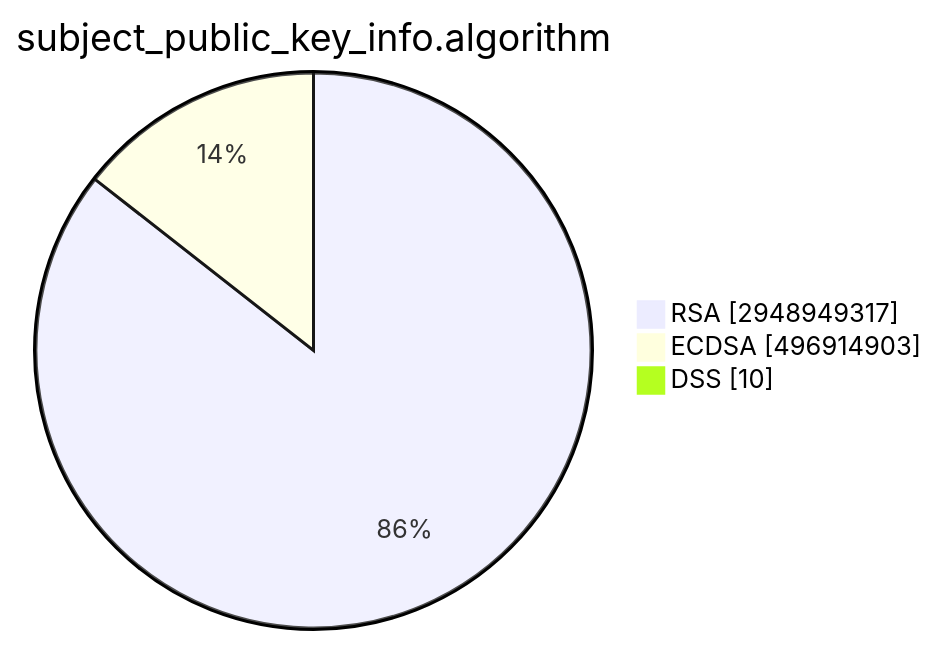
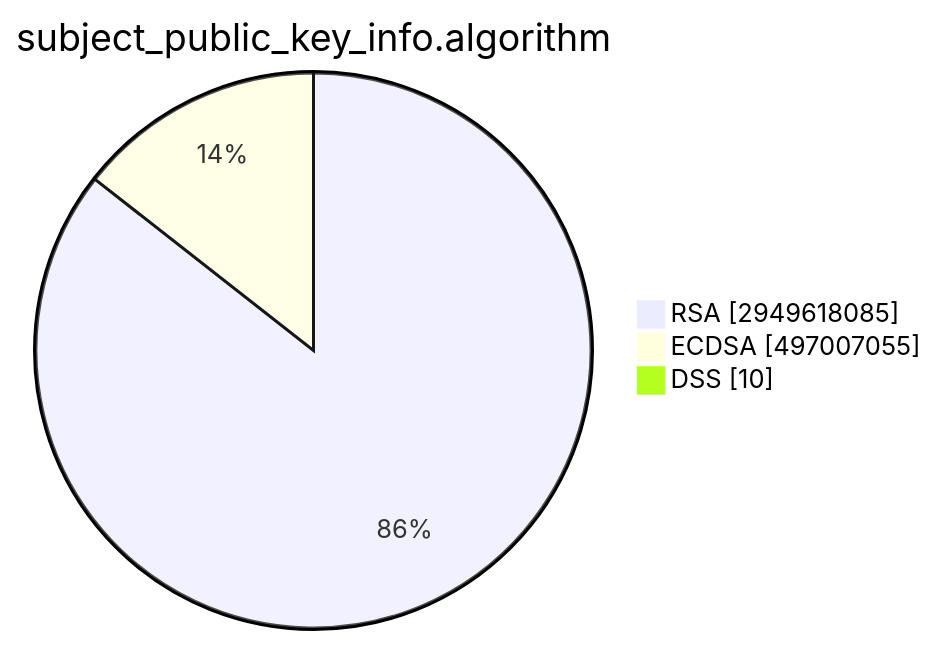
One commit to christiankrug/ctmonitor_visualization changed the second of 15 diagrams in TOTAL/README.md. Above: the diagram before and after it, drawn with Mermaid. The commit also changed other lines of this file, not shown here.

````diff
--- a/TOTAL/README.md
+++ b/TOTAL/README.md
@@ -6,7 +6,7 @@
 ```mermaid
 pie showData
 title subject_public_key_info.algorithm
-"RSA" :2948949317
-"ECDSA" :496914903
+"RSA" :2949618085
+"ECDSA" :497007055
 "DSS" :10
 ```
````
